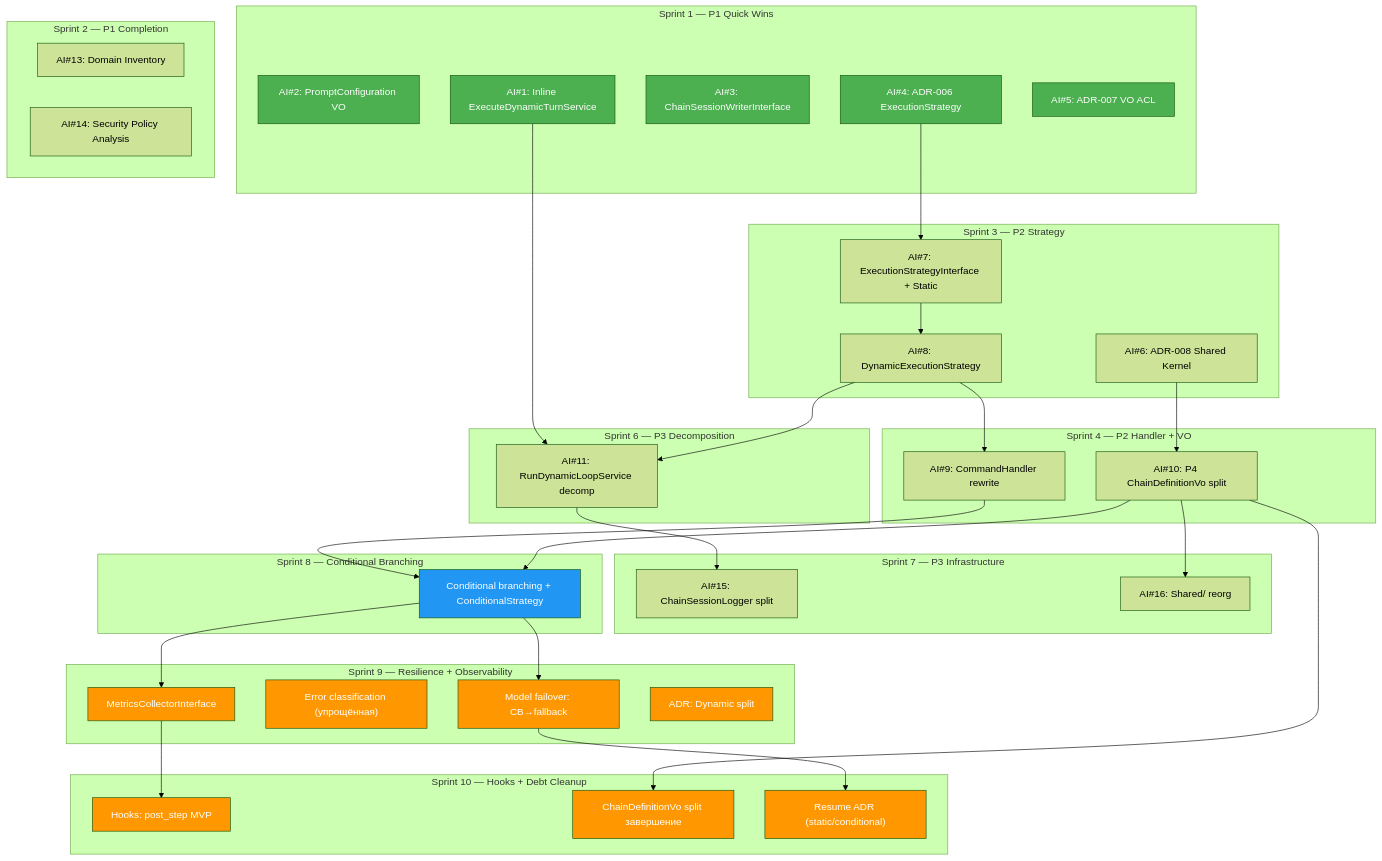
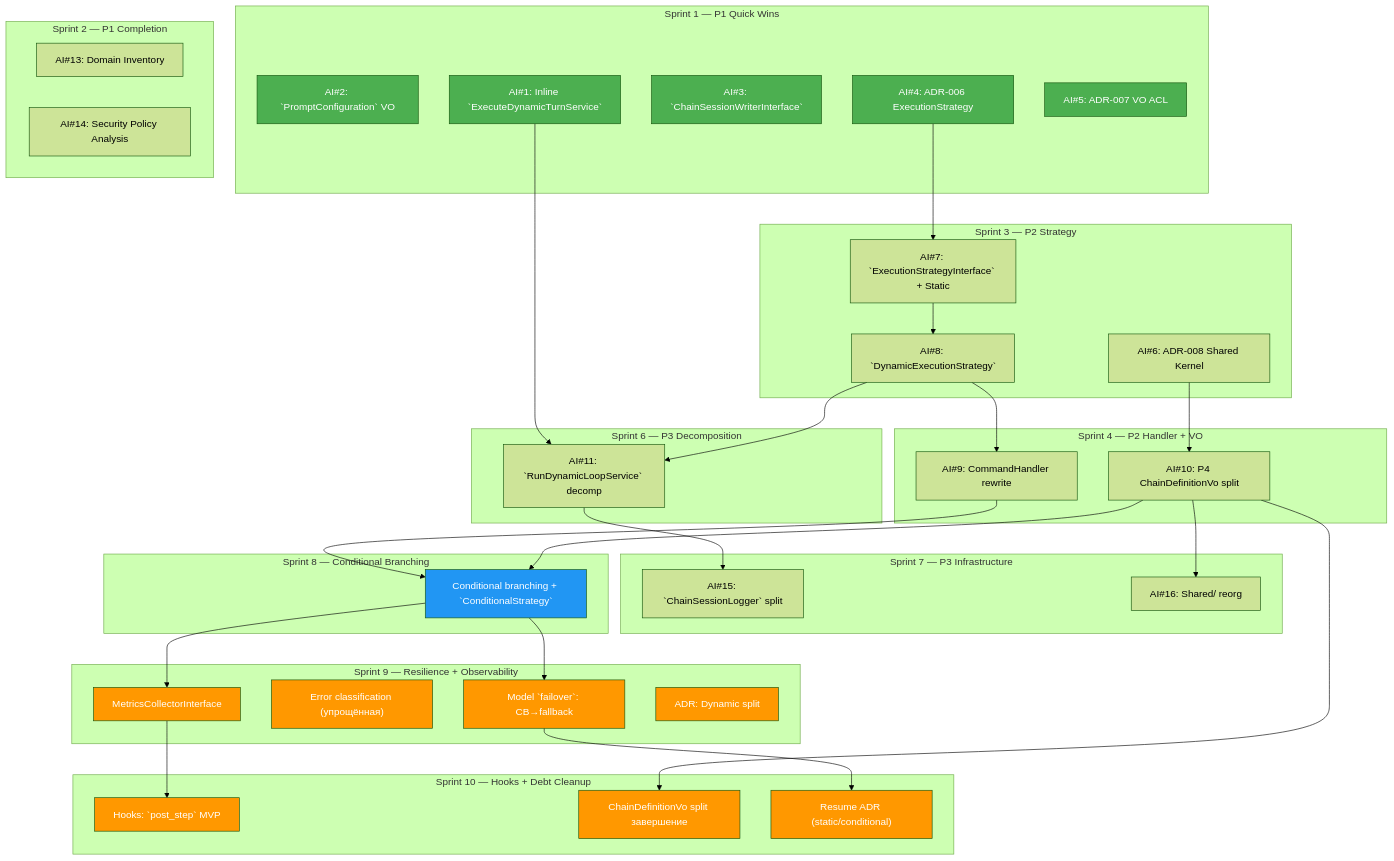
The diagram in docs/releases/ROADMAP-2026-Q2-Q3.md (prikotov/task-orchestrator), drawn with Mermaid (forest theme) before and after one commit. The commit also changed other lines of this file and 17 other files, not shown here.

````diff
--- a/docs/releases/ROADMAP-2026-Q2-Q3.md
+++ b/docs/releases/ROADMAP-2026-Q2-Q3.md
@@ -373,9 +373,9 @@
 ```mermaid
 graph TD
     subgraph "Sprint 1 — P1 Quick Wins"
-        AI2["AI#2: PromptConfiguration VO"]
-        AI1["AI#1: Inline ExecuteDynamicTurnService"]
-        AI3["AI#3: ChainSessionWriterInterface"]
+        AI2["AI#2: `PromptConfiguration` VO"]
+        AI1["AI#1: Inline `ExecuteDynamicTurnService`"]
+        AI3["AI#3: `ChainSessionWriterInterface`"]
         AI4["AI#4: ADR-006 ExecutionStrategy"]
         AI5["AI#5: ADR-007 VO ACL"]
     end
@@ -386,8 +386,8 @@
     end
 
     subgraph "Sprint 3 — P2 Strategy"
-        AI7["AI#7: ExecutionStrategyInterface + Static"]
-        AI8["AI#8: DynamicExecutionStrategy"]
+        AI7["AI#7: `ExecutionStrategyInterface` + Static"]
+        AI8["AI#8: `DynamicExecutionStrategy`"]
         AI6["AI#6: ADR-008 Shared Kernel"]
     end
 
@@ -397,27 +397,27 @@
     end
 
     subgraph "Sprint 6 — P3 Decomposition"
-        AI11["AI#11: RunDynamicLoopService decomp"]
+        AI11["AI#11: `RunDynamicLoopService` decomp"]
     end
 
     subgraph "Sprint 7 — P3 Infrastructure"
-        AI15["AI#15: ChainSessionLogger split"]
+        AI15["AI#15: `ChainSessionLogger` split"]
         AI16["AI#16: Shared/ reorg"]
     end
 
     subgraph "Sprint 8 — Conditional Branching"
-        CB["Conditional branching + ConditionalStrategy"]
+        CB["Conditional branching + `ConditionalStrategy`"]
     end
 
     subgraph "Sprint 9 — Resilience + Observability"
-        S9T1["Model failover: CB→fallback"]
+        S9T1["Model `failover`: CB→fallback"]
         S9T2["Error classification (упрощённая)"]
-        S9T3["MetricsCollectorInterface"]
+        S9T3["`MetricsCollectorInterface`"]
         S9T4["ADR: Dynamic split"]
     end
 
     subgraph "Sprint 10 — Hooks + Debt Cleanup"
-        S10T1["Hooks: post_step MVP"]
+        S10T1["Hooks: `post_step` MVP"]
         S10T2["ChainDefinitionVo split завершение"]
         S10T3["Resume ADR (static/conditional)"]
     end
````
